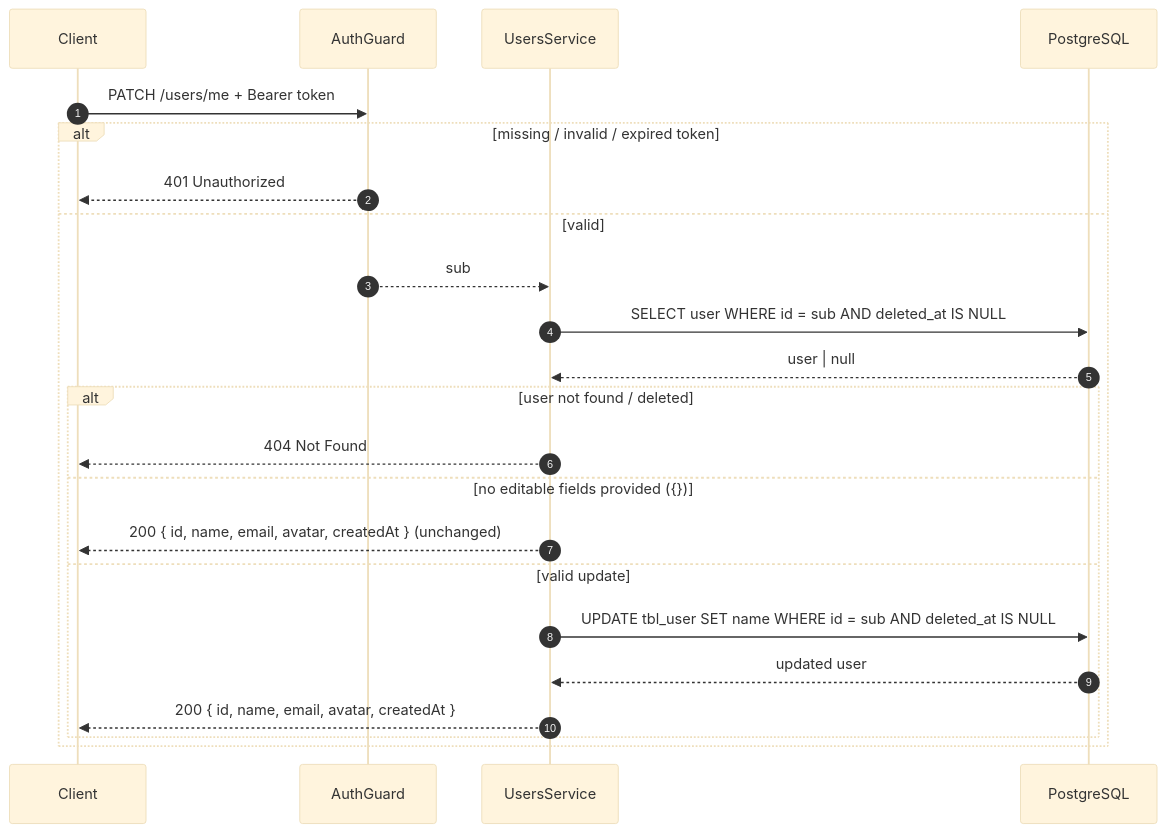
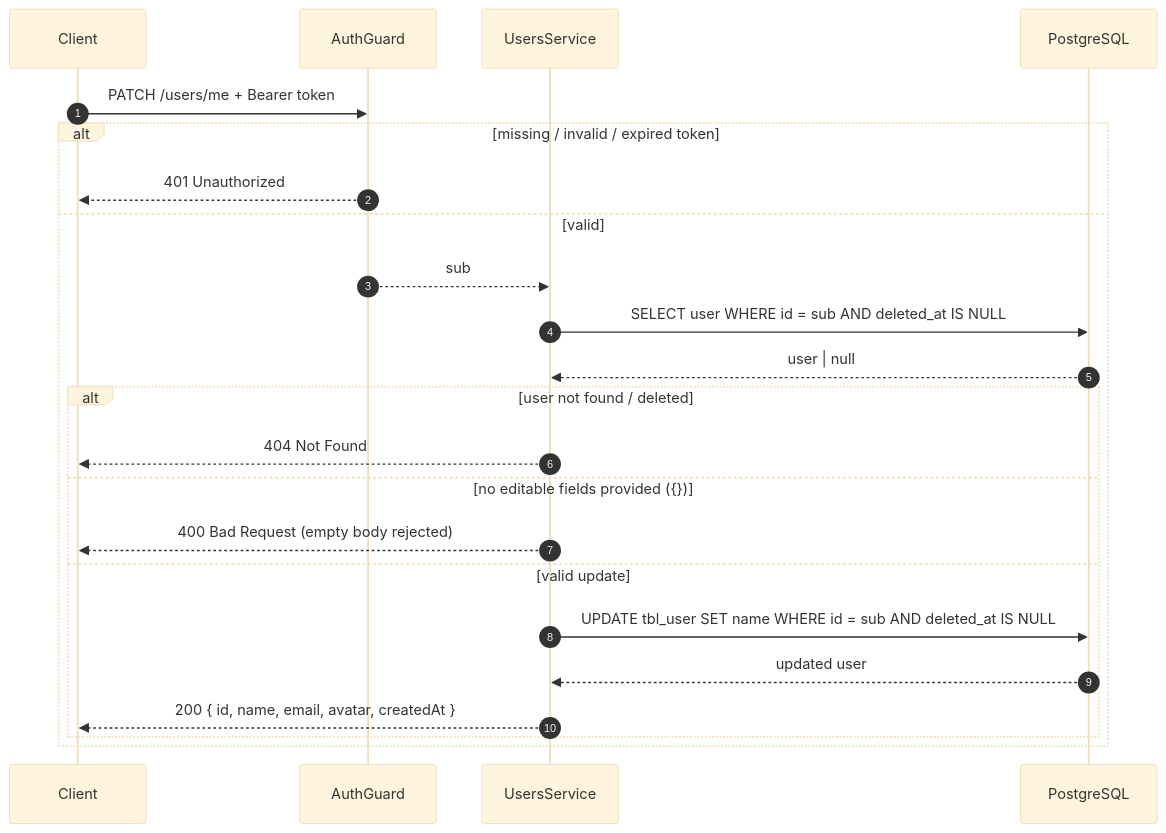
Before and after one commit to raunak-ray/LinkVault: the first of 2 diagrams in api/docs/users/02-profile-management.md, drawn with Mermaid (base theme). The commit also changed other lines of this file and 56 other files, not shown here.

````diff
--- a/api/docs/users/02-profile-management.md
+++ b/api/docs/users/02-profile-management.md
@@ -15,26 +15,26 @@
 ```mermaid
 sequenceDiagram
     autonumber
     participant C as Client
     participant G as AuthGuard
     participant U as UsersService
     participant DB as PostgreSQL
 
     C->>G: PATCH /users/me + Bearer token
     alt missing / invalid / expired token
         G-->>C: 401 Unauthorized
     else valid
         G-->>U: sub
         U->>DB: SELECT user WHERE id = sub AND deleted_at IS NULL
         DB-->>U: user | null
         alt user not found / deleted
             U-->>C: 404 Not Found
         else no editable fields provided ({})
-            U-->>C: 200 { id, name, email, avatar, createdAt } (unchanged)
+            U-->>C: 400 Bad Request (empty body rejected)
         else valid update
             U->>DB: UPDATE tbl_user SET name WHERE id = sub AND deleted_at IS NULL
             DB-->>U: updated user
             U-->>C: 200 { id, name, email, avatar, createdAt }
         end
     end
 ```
````
